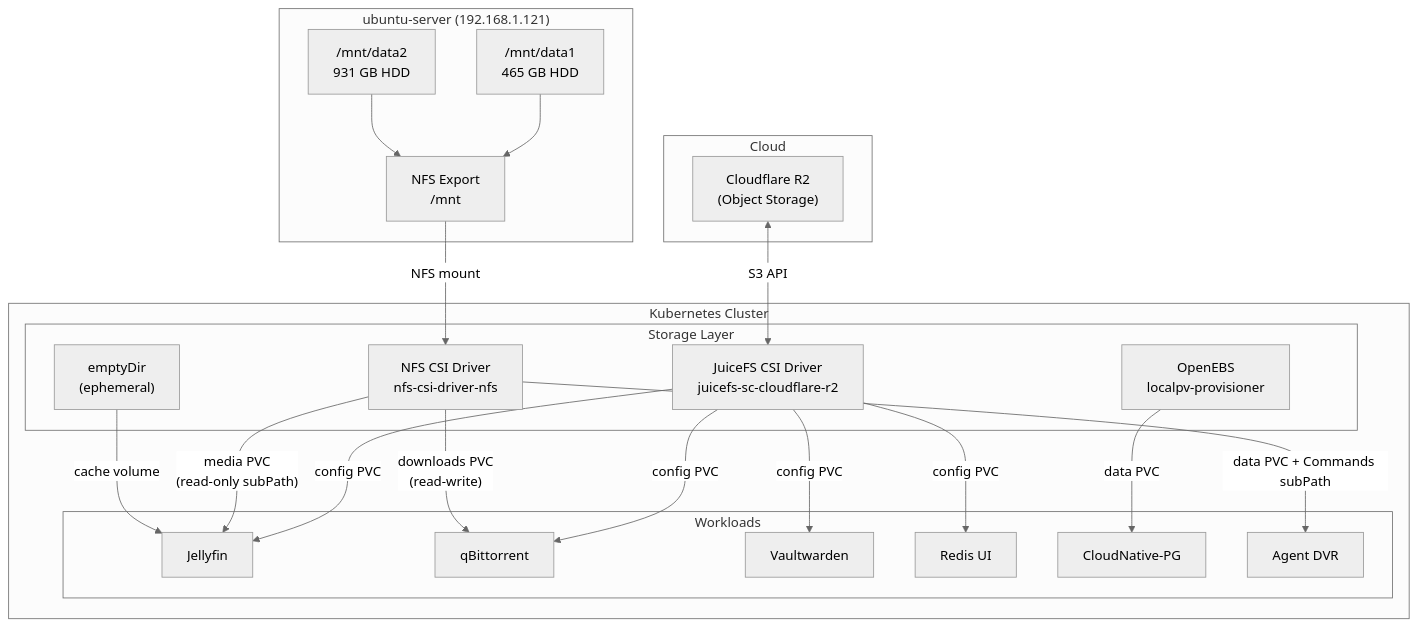
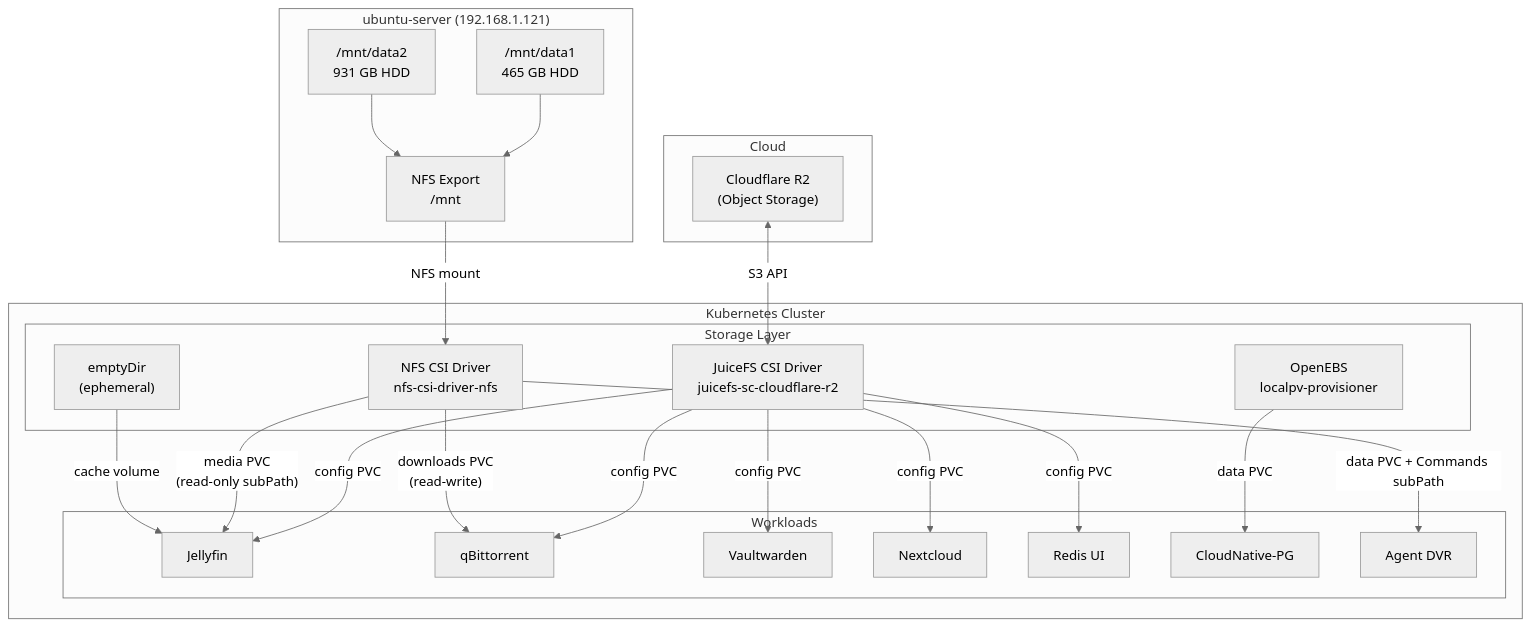
Before and after one commit to ngodat0103/dev-oops: the first of 2 diagrams in readme.md, drawn with Mermaid (neutral theme). The commit also changed other lines of this file and 1 other file, not shown here.

First line of the commit message:
chore(nextcloud): adjust resource limits and revision history

````diff
--- a/readme.md
+++ b/readme.md
@@ -309,47 +309,49 @@
 ```mermaid
 flowchart TD
     subgraph cloud [Cloud]
         R2["Cloudflare R2\n(Object Storage)"]
     end
 
     subgraph ubuntu_server ["ubuntu-server (192.168.1.121)"]
         data1["/mnt/data1\n465 GB HDD"]
         data2["/mnt/data2\n931 GB HDD"]
         nfs_export["NFS Export\n/mnt"]
         data1 --> nfs_export
         data2 --> nfs_export
     end
 
     subgraph k8s ["Kubernetes Cluster"]
         subgraph storage_layer ["Storage Layer"]
             juicefs["JuiceFS CSI Driver\njuicefs-sc-cloudflare-r2"]
             nfs_csi["NFS CSI Driver\nnfs-csi-driver-nfs"]
             openebs["OpenEBS\nlocalpv-provisioner"]
             emptydir["emptyDir\n(ephemeral)"]
         end
 
         subgraph workloads ["Workloads"]
             jellyfin["Jellyfin"]
             qbittorrent["qBittorrent"]
             vaultwarden["Vaultwarden"]
+            nextcloud["Nextcloud"]
             redis_ui["Redis UI"]
             cnpg["CloudNative-PG"]
             agentdvr["Agent DVR"]
         end
     end
 
     R2 <-->|"S3 API"| juicefs
     nfs_export -->|"NFS mount"| nfs_csi
 
     juicefs -->|"config PVC"| jellyfin
     juicefs -->|"config PVC"| qbittorrent
     juicefs -->|"config PVC"| vaultwarden
+    juicefs -->|"config PVC"| nextcloud
     juicefs -->|"config PVC"| redis_ui
 
     nfs_csi -->|"media PVC\n(read-only subPath)"| jellyfin
     nfs_csi -->|"downloads PVC\n(read-write)"| qbittorrent
 
     openebs -->|"data PVC"| cnpg
     nfs_csi -->|"data PVC + Commands subPath"| agentdvr
     emptydir -->|"cache volume"| jellyfin
 ```
````
